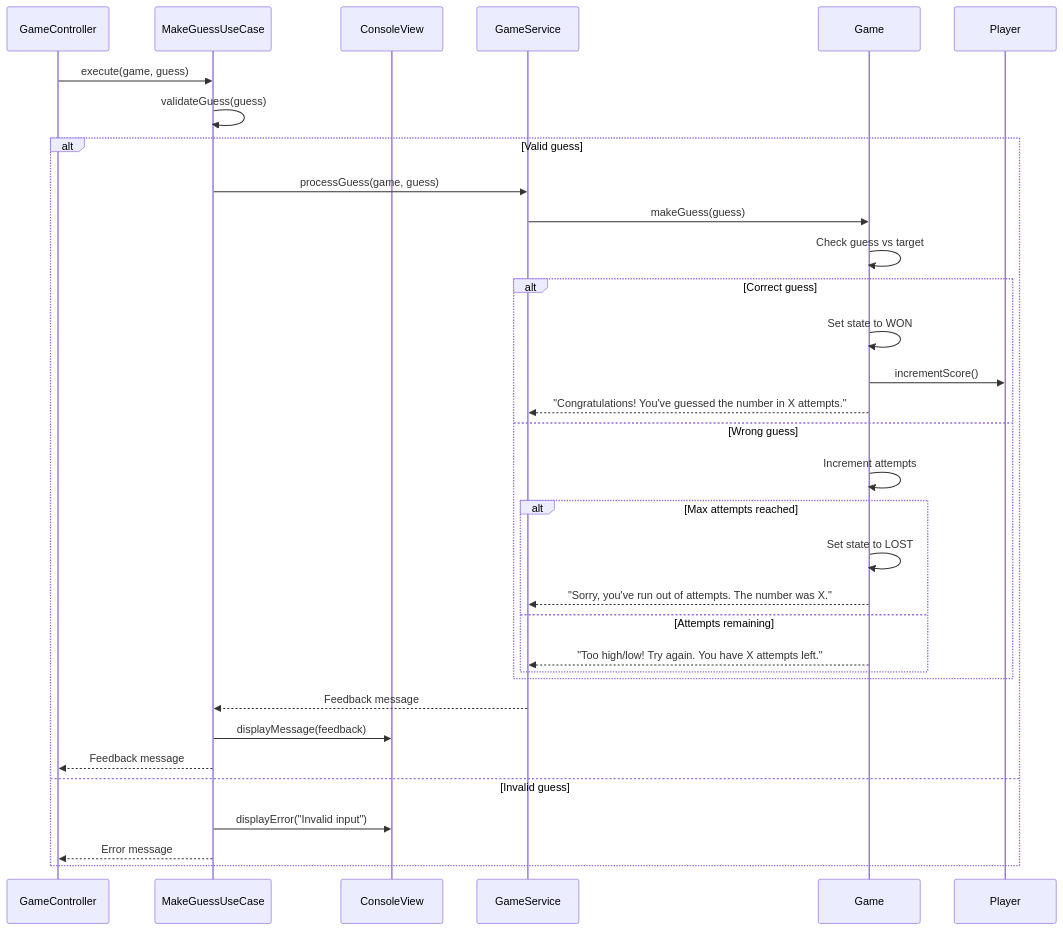
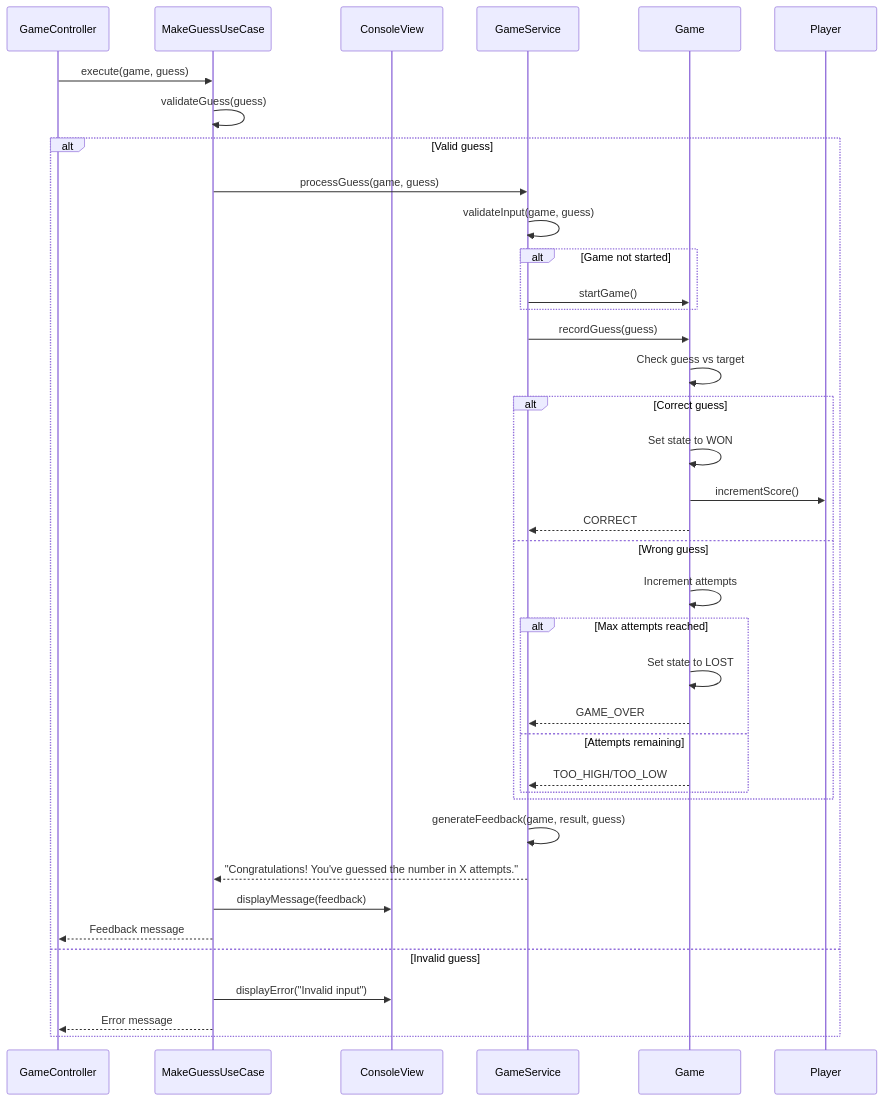
The third of 5 diagrams in number-guessing-game/UML Diagrams/SequenceDiagram.md (Shockp/Backend-Projects), drawn with Mermaid before and after one commit. The commit also changed other lines of this file and 8 other files, not shown here.

````diff
--- a/number-guessing-game/UML Diagrams/SequenceDiagram.md
+++ b/number-guessing-game/UML Diagrams/SequenceDiagram.md
@@ -150,36 +161,41 @@
 ```mermaid
 sequenceDiagram
     participant GameController
     participant MakeGuessUseCase
     participant ConsoleView
     participant GameService
     participant Game
     participant Player
 
     GameController->>MakeGuessUseCase: execute(game, guess)
     MakeGuessUseCase->>MakeGuessUseCase: validateGuess(guess)
     alt Valid guess
         MakeGuessUseCase->>GameService: processGuess(game, guess)
-        GameService->>Game: makeGuess(guess)
+        GameService->>GameService: validateInput(game, guess)
+        alt Game not started
+            GameService->>Game: startGame()
+        end
+        GameService->>Game: recordGuess(guess)
         Game->>Game: Check guess vs target
         alt Correct guess
             Game->>Game: Set state to WON
             Game->>Player: incrementScore()
-            Game-->>GameService: "Congratulations! You've guessed the number in X attempts."
+            Game-->>GameService: CORRECT
         else Wrong guess
             Game->>Game: Increment attempts
             alt Max attempts reached
                 Game->>Game: Set state to LOST
-                Game-->>GameService: "Sorry, you've run out of attempts. The number was X."
+                Game-->>GameService: GAME_OVER
             else Attempts remaining
-                Game-->>GameService: "Too high/low! Try again. You have X attempts left."
+                Game-->>GameService: TOO_HIGH/TOO_LOW
             end
         end
-        GameService-->>MakeGuessUseCase: Feedback message
+        GameService->>GameService: generateFeedback(game, result, guess)
+        GameService-->>MakeGuessUseCase: "Congratulations! You've guessed the number in X attempts."
         MakeGuessUseCase->>ConsoleView: displayMessage(feedback)
         MakeGuessUseCase-->>GameController: Feedback message
     else Invalid guess
         MakeGuessUseCase->>ConsoleView: displayError("Invalid input")
         MakeGuessUseCase-->>GameController: Error message
     end
 ```
````
